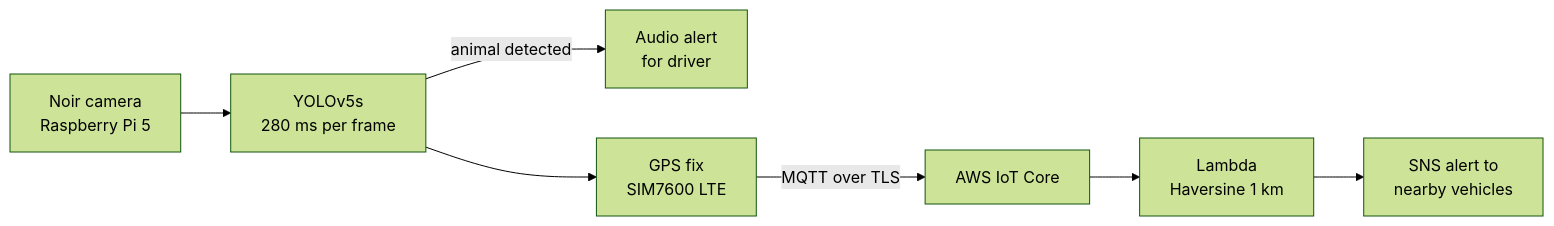
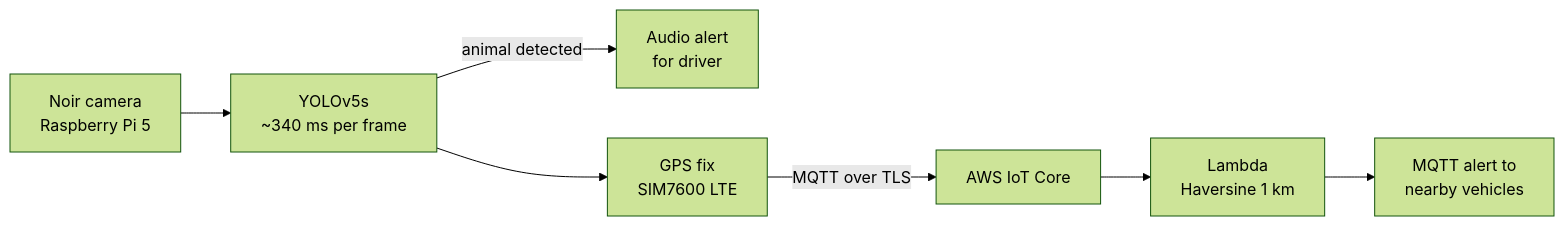
One commit to shehab6157-design/on-road-animal-detection-system changed the diagram in README.md. Above: the diagram before and after it, drawn with Mermaid (forest theme). The commit also changed other lines of this file, not shown here.

````diff
--- a/README.md
+++ b/README.md
@@ -41,9 +41,9 @@
 ```mermaid
 flowchart LR
-  A[Noir camera<br>Raspberry Pi 5] --> B[YOLOv5s<br>280 ms per frame]
+  A[Noir camera<br>Raspberry Pi 5] --> B[YOLOv5s<br>~340 ms per frame]
   B -->|animal detected| C[Audio alert<br>for driver]
   B --> D[GPS fix<br>SIM7600 LTE]
   D -->|MQTT over TLS| E[AWS IoT Core]
   E --> F[Lambda<br>Haversine 1 km]
-  F --> G[SNS alert to<br>nearby vehicles]
+  F --> G[MQTT alert to<br>nearby vehicles]
 ```
````
